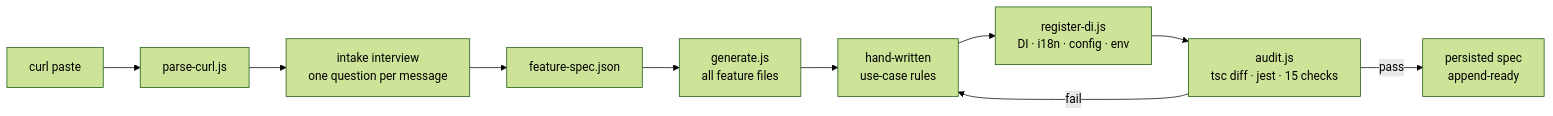
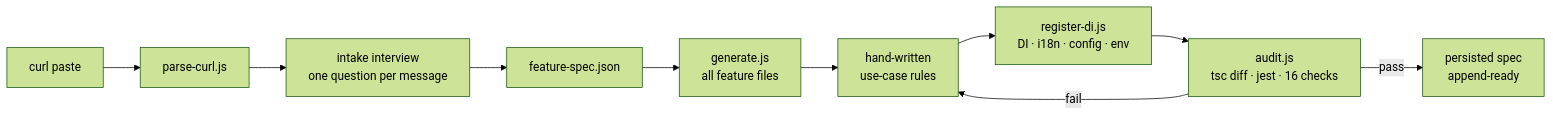
One commit to Mkhira/react-clean-architecture changed the first of 3 diagrams in README.md. Above: the diagram before and after it, drawn with Mermaid (forest theme). The commit also changed other lines of this file, not shown here.

First line of the commit message:
README: badges to 1.17.0/171, fix the audit check count, note section retrieval

````diff
--- a/README.md
+++ b/README.md
@@ -32,12 +34,12 @@
 ```mermaid
 flowchart LR
     A["curl paste"] --> B["parse-curl.js"]
     B --> C["intake interview<br/>one question per message"]
     C --> D["feature-spec.json"]
     D --> E["generate.js<br/>all feature files"]
     E --> F["hand-written<br/>use-case rules"]
     F --> G["register-di.js<br/>DI · i18n · config · env"]
-    G --> H["audit.js<br/>tsc diff · jest · 15 checks"]
+    G --> H["audit.js<br/>tsc diff · jest · 16 checks"]
     H -->|pass| I["persisted spec<br/>append-ready"]
     H -->|fail| F
 ```
````
